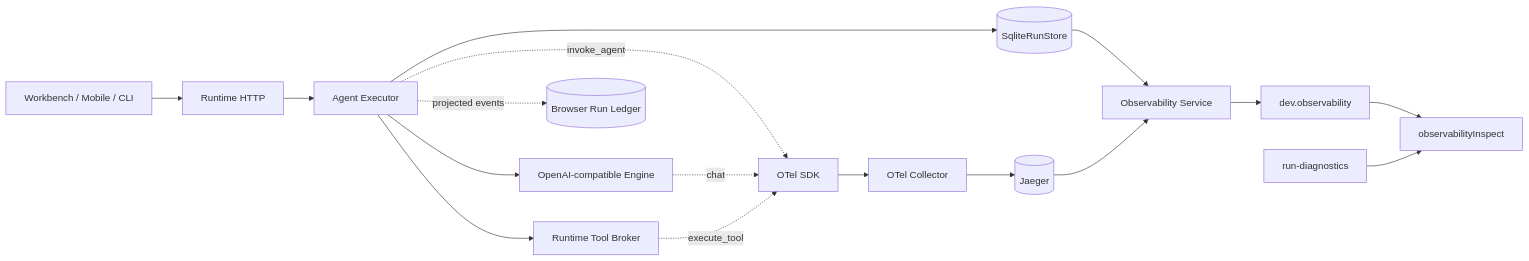
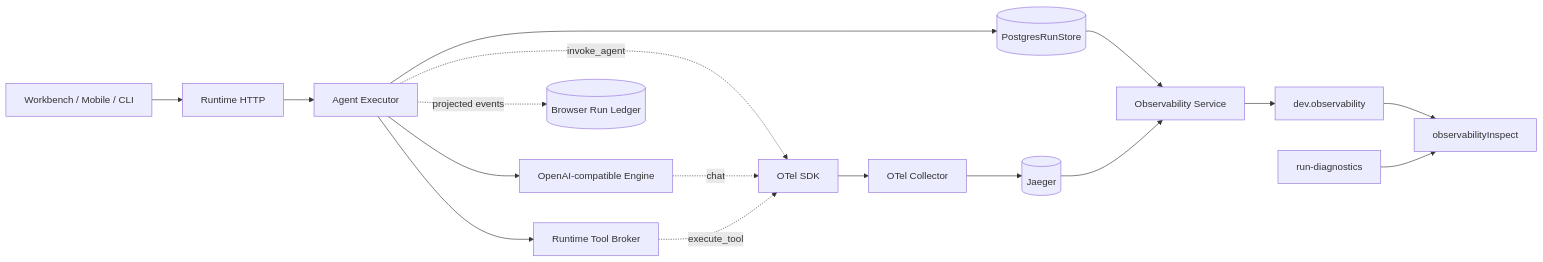
One commit to zioon-tech/zioon changed the diagram in docs/architecture/RUNTIME-OTEL-RUNLEDGER-AGENT-DIAGNOSTICS-REVIEW-20260916.md. Above: the diagram before and after it, drawn with Mermaid. The commit also changed other lines of this file and 293 other files, not shown here.

````diff
--- a/docs/architecture/RUNTIME-OTEL-RUNLEDGER-AGENT-DIAGNOSTICS-REVIEW-20260916.md
+++ b/docs/architecture/RUNTIME-OTEL-RUNLEDGER-AGENT-DIAGNOSTICS-REVIEW-20260916.md
@@ -139,31 +139,31 @@
 ```mermaid
 flowchart LR
   USER[Workbench / Mobile / CLI]
   API[Runtime HTTP]
   EXEC[Agent Executor]
   MODEL[OpenAI-compatible Engine]
   BROKER[Runtime Tool Broker]
-  STORE[(SqliteRunStore)]
+  STORE[(PostgresRunStore)]
   SDK[OTel SDK]
   COLLECTOR[OTel Collector]
   JAEGER[(Jaeger)]
   GATEWAY[Observability Service]
   PLUGIN[dev.observability]
   TOOL[observabilityInspect]
   SKILL[run-diagnostics]
   CLIENT_LEDGER[(Browser Run Ledger)]
 
   USER --> API --> EXEC
   EXEC --> MODEL
   EXEC --> BROKER
   EXEC --> STORE
   EXEC -. invoke_agent .-> SDK
   MODEL -. chat .-> SDK
   BROKER -. execute_tool .-> SDK
   SDK --> COLLECTOR --> JAEGER
   STORE --> GATEWAY
   JAEGER --> GATEWAY
   GATEWAY --> PLUGIN --> TOOL
   SKILL --> TOOL
   EXEC -. projected events .-> CLIENT_LEDGER
 ```
````
